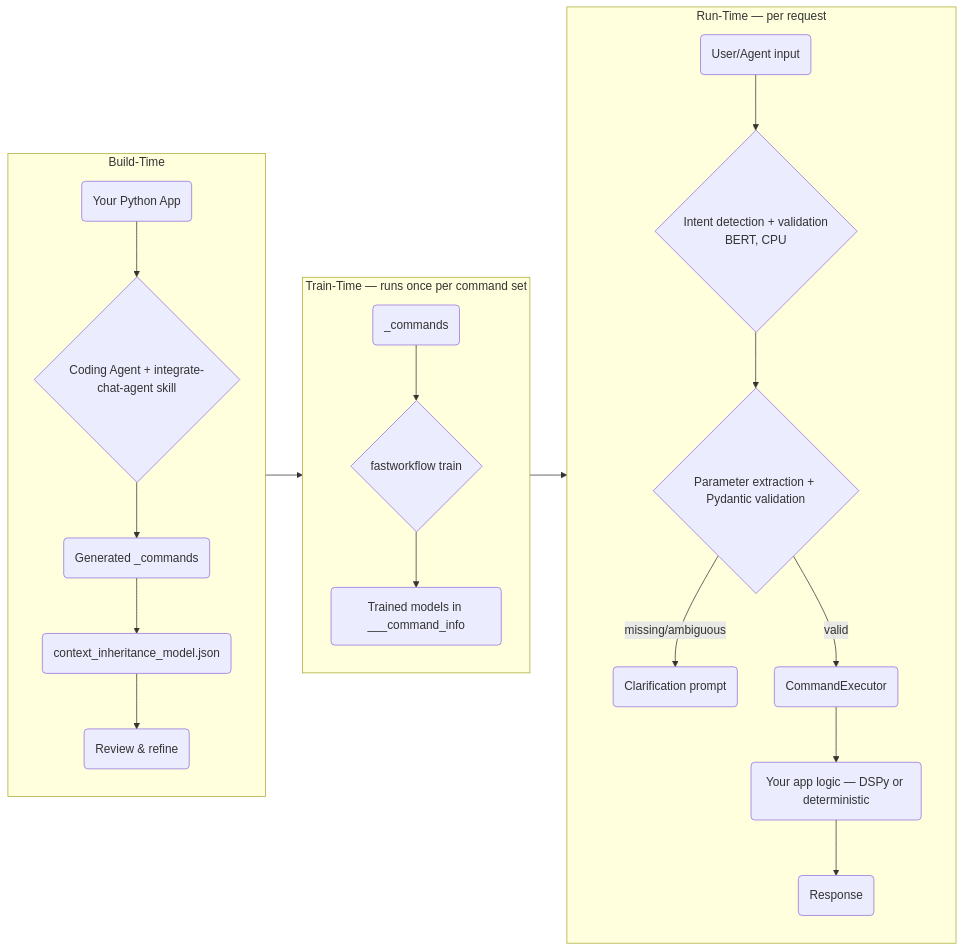
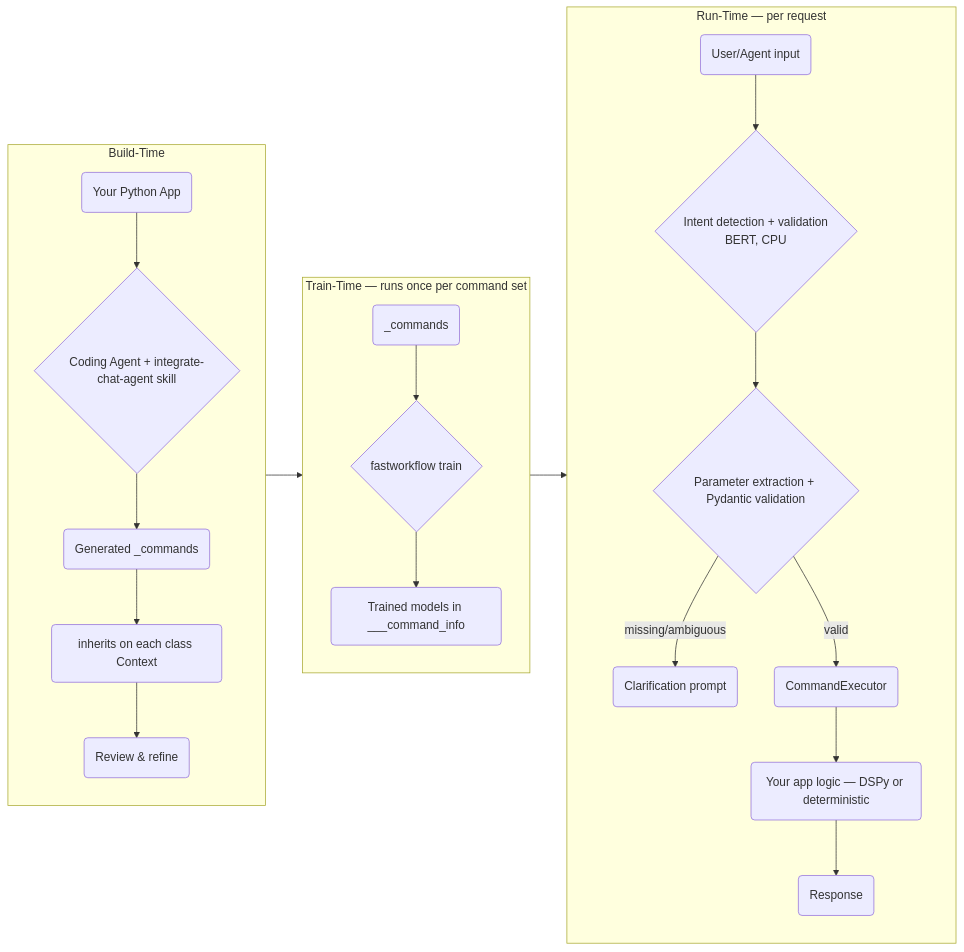
The diagram in README.md (dharrawal/fastworkflow), drawn with Mermaid before and after one commit. The commit also changed other lines of this file and 245 other files, not shown here.

````diff
--- a/README.md
+++ b/README.md
@@ -646,25 +656,25 @@
 ```mermaid
 graph LR
     subgraph A[Build-Time]
         A1(Your Python App) --> A2{Coding Agent + integrate-chat-agent skill};
         A2 --> A3(Generated _commands);
-        A3 --> A4(context_inheritance_model.json);
+        A3 --> A4(inherits on each class Context);
         A4 --> A5(Review & refine);
     end
 
     subgraph B[Train-Time — runs once per command set]
         B1(_commands) --> B2{fastworkflow train};
         B2 --> B3(Trained models in ___command_info);
     end
 
     subgraph C[Run-Time — per request]
         C1(User/Agent input) --> C2{Intent detection + validation\nBERT, CPU};
         C2 --> C3{Parameter extraction + Pydantic validation};
         C3 -->|missing/ambiguous| C4(Clarification prompt);
         C3 -->|valid| C5(CommandExecutor);
         C5 --> C6(Your app logic — DSPy or deterministic);
         C6 --> C7(Response);
     end
 
     A --> B --> C
 ```
````
